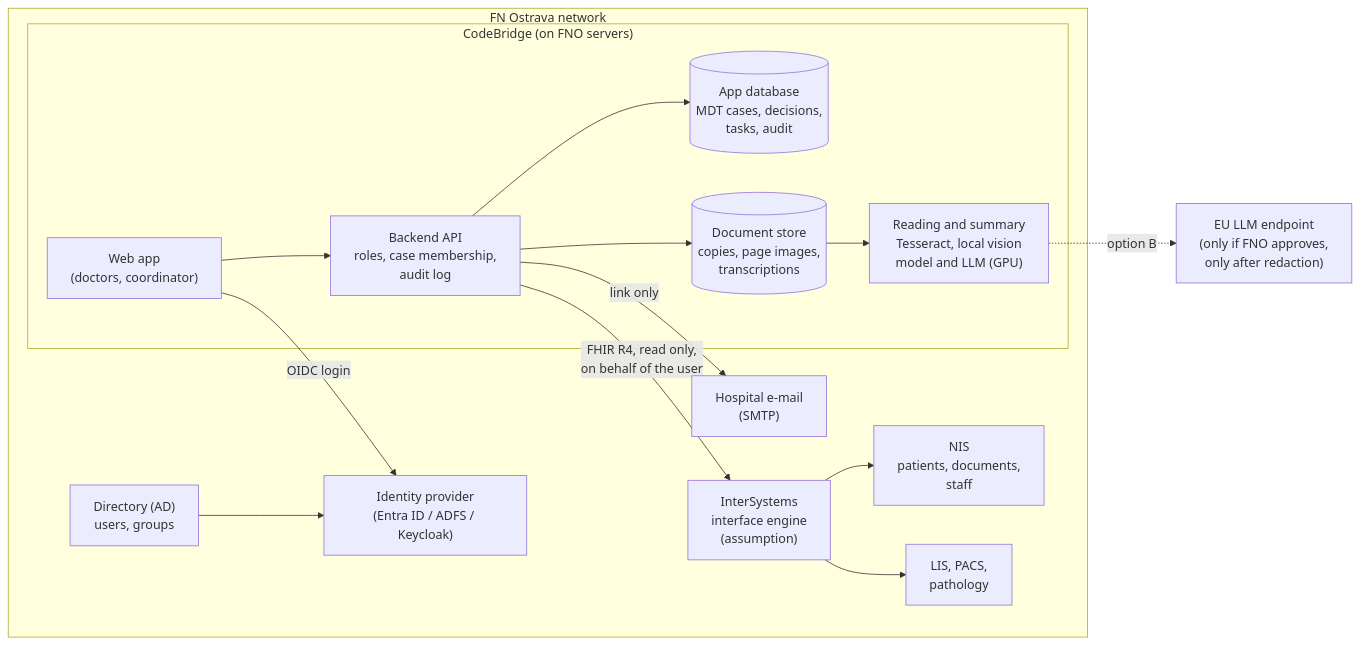
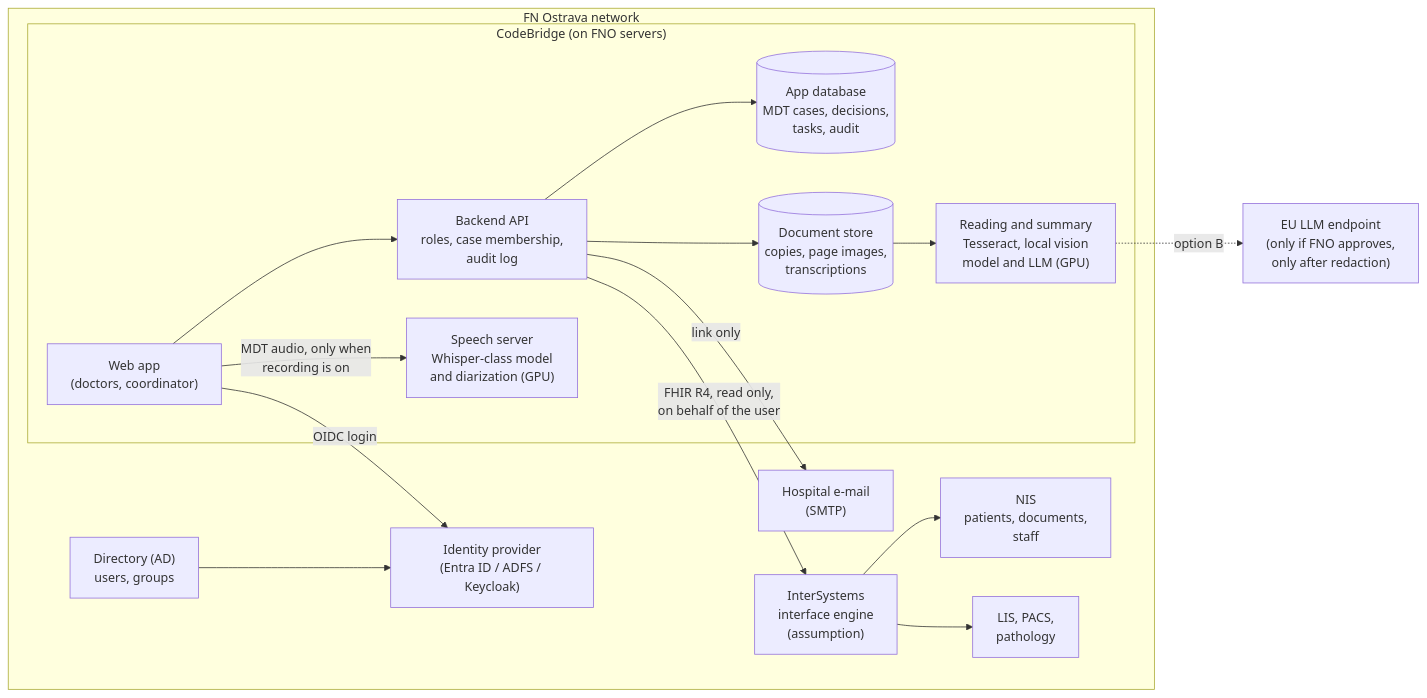
Before and after one commit to codebridgecollege/rakathon-26-codebridge: the diagram in docs/design/INTEGRATION.md, drawn with Mermaid. The commit also changed other lines of this file and 9 other files, not shown here.

````diff
--- a/docs/design/INTEGRATION.md
+++ b/docs/design/INTEGRATION.md
@@ -29,31 +29,33 @@
 ```mermaid
 flowchart LR
   subgraph FNO["FN Ostrava network"]
     DIR["Directory (AD)<br/>users, groups"]
     IDP["Identity provider<br/>(Entra ID / ADFS / Keycloak)"]
     NIS["NIS<br/>patients, documents,<br/>staff"]
     OTHER["LIS, PACS,<br/>pathology"]
     ENG["InterSystems<br/>interface engine<br/>(assumption)"]
     subgraph CB["CodeBridge (on FNO servers)"]
       UI["Web app<br/>(doctors, coordinator)"]
       API["Backend API<br/>roles, case membership,<br/>audit log"]
       DB[("App database<br/>MDT cases, decisions,<br/>tasks, audit")]
       BLOB[("Document store<br/>copies, page images,<br/>transcriptions")]
       AI["Reading and summary<br/>Tesseract, local vision<br/>model and LLM (GPU)"]
+      STT["Speech server<br/>Whisper-class model<br/>and diarization (GPU)"]
     end
     MAIL["Hospital e-mail<br/>(SMTP)"]
   end
   CLOUD["EU LLM endpoint<br/>(only if FNO approves,<br/>only after redaction)"]
 
   DIR --> IDP
   UI -- "OIDC login" --> IDP
   UI --> API
   API --> DB
   API --> BLOB
   API -- "FHIR R4, read only,<br/>on behalf of the user" --> ENG
   ENG --> NIS
   ENG --> OTHER
   BLOB --> AI
+  UI -- "MDT audio, only when<br/>recording is on" --> STT
   AI -. "option B" .-> CLOUD
   API -- "link only" --> MAIL
 ```
````
